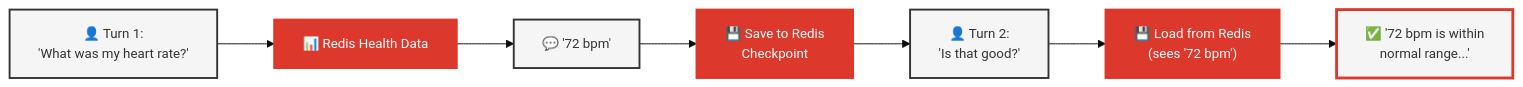
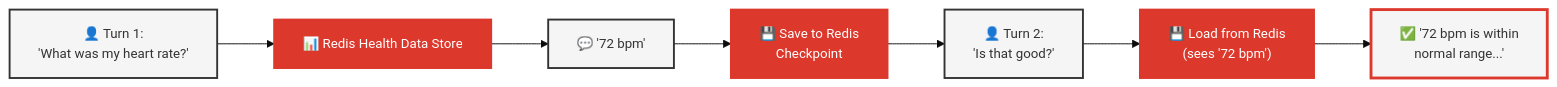
Before and after one commit to AllieRays/redis-wellness: the second of 2 diagrams in docs/09_EXAMPLE_QUERIES.md, drawn with Mermaid. The commit also changed other lines of this file, not shown here.

````diff
--- a/docs/09_EXAMPLE_QUERIES.md
+++ b/docs/09_EXAMPLE_QUERIES.md
@@ -30,26 +30,26 @@
 ```mermaid
 %%{init: {'theme':'base', 'themeVariables': { 'fontSize':'14px'}, 'flowchart': {'nodeSpacing': 50, 'rankSpacing': 60}}}%%
 flowchart LR
     T1["👤 Turn 1:<br/>'What was my heart rate?'"]
-    T2["📊 Redis Health Data"]
+    T2["📊 Redis Health Data Store"]
     T3["💬 '72 bpm'"]
     T4["💾 Save to Redis<br/>Checkpoint"]
     T5["👤 Turn 2:<br/>'Is that good?'"]
     T6["💾 Load from Redis<br/>(sees '72 bpm')"]
     T7["✅ '72 bpm is within<br/>normal range...'"]
 
     T1 --> T2
     T2 --> T3
     T3 --> T4
     T4 --> T5
     T5 --> T6
     T6 --> T7
 
     style T1 fill:#f5f5f5,stroke:#333,stroke-width:2px
     style T2 fill:#DC382C,stroke:#DC382C,stroke-width:2px,color:#fff
     style T3 fill:#f5f5f5,stroke:#333,stroke-width:2px
     style T4 fill:#DC382C,stroke:#DC382C,stroke-width:2px,color:#fff
     style T5 fill:#f5f5f5,stroke:#333,stroke-width:2px
     style T6 fill:#DC382C,stroke:#DC382C,stroke-width:2px,color:#fff
     style T7 fill:#f5f5f5,stroke:#DC382C,stroke-width:3px
 ```
````
